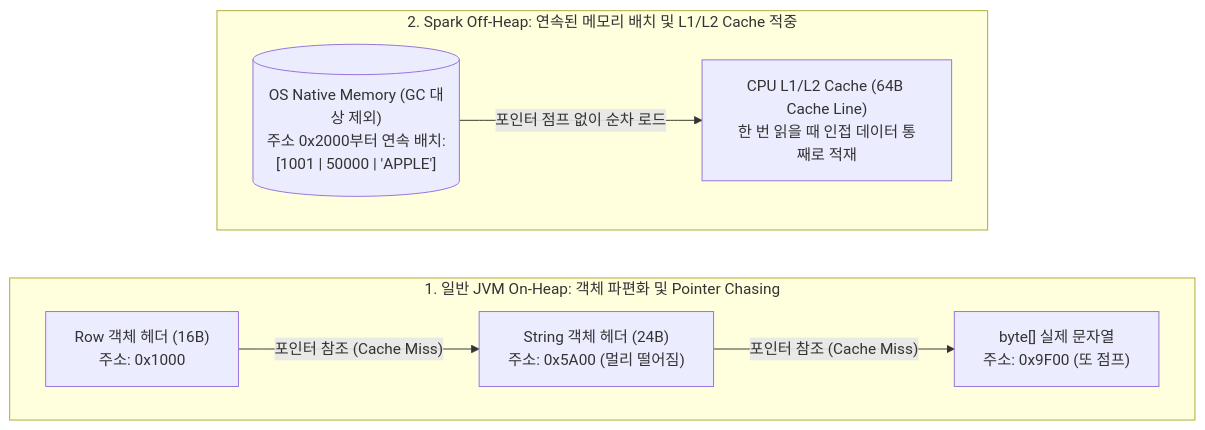
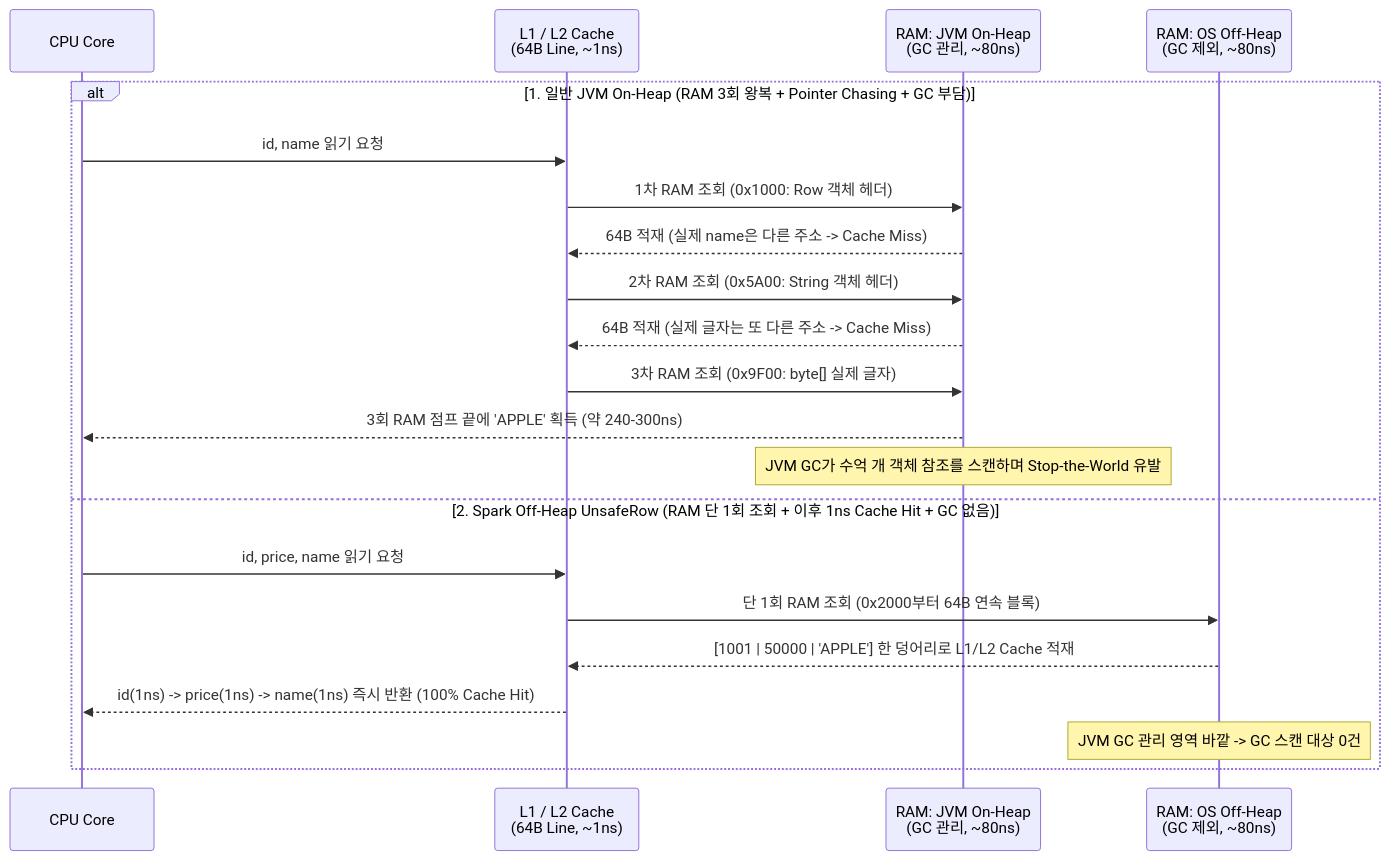
One commit to djpibo/djpibo.github.io changed the second of 11 diagrams in docs/dbms/distributed/mapreduce-spark-and-distributed-db-internals.md. Above: the diagram before and after it, drawn with Mermaid. The commit also changed other lines of this file, not shown here.

Commit message:
docs(mermaid): redraw Figure 2 as sequenceDiagram showing CPU, L1/L2 Cache, On-Heap, and Off-Heap spaces

````diff
--- a/docs/dbms/distributed/mapreduce-spark-and-distributed-db-internals.md
+++ b/docs/dbms/distributed/mapreduce-spark-and-distributed-db-internals.md
@@ -69,19 +69,24 @@
 ```mermaid
-flowchart LR
+sequenceDiagram
+    participant CPU as CPU Core
+    participant Cache as L1 / L2 Cache<br/>(64B Line, ~1ns)
+    participant OnHeap as RAM: JVM On-Heap<br/>(GC 관리, ~80ns)
+    participant OffHeap as RAM: OS Off-Heap<br/>(GC 제외, ~80ns)
 
-    subgraph ON_HEAP ["1. 일반 JVM On-Heap: 객체 파편화 및 Pointer Chasing"]
-        direction LR
-        ROW_OBJ["Row 객체 헤더 (16B)<br/>주소: 0x1000"]
-        STR_OBJ["String 객체 헤더 (24B)<br/>주소: 0x5A00 (멀리 떨어짐)"]
-        CHAR_ARR["byte[] 실제 문자열<br/>주소: 0x9F00 (또 점프)"]
-        ROW_OBJ -->|"포인터 참조 (Cache Miss)"| STR_OBJ
-        STR_OBJ -->|"포인터 참조 (Cache Miss)"| CHAR_ARR
-    end
-
-    subgraph OFF_HEAP ["2. Spark Off-Heap: 연속된 메모리 배치 및 L1/L2 Cache 적중"]
-        direction LR
-        CONT_MEM[("OS Native Memory (GC 대상 제외)<br/>주소 0x2000부터 연속 배치:<br/>[1001 | 50000 | 'APPLE']")]
-        CPU_CACHE["CPU L1/L2 Cache (64B Cache Line)<br/>한 번 읽을 때 인접 데이터 통째로 적재"]
-        CONT_MEM -->|"포인터 점프 없이 순차 로드"| CPU_CACHE
+    alt 1. 일반 JVM On-Heap (RAM 3회 왕복 + Pointer Chasing + GC 부담)
+        CPU->>Cache: id, name 읽기 요청
+        Cache->>OnHeap: 1차 RAM 조회 (0x1000: Row 객체 헤더)
+        OnHeap-->>Cache: 64B 적재 (실제 name은 다른 주소 -> Cache Miss)
+        Cache->>OnHeap: 2차 RAM 조회 (0x5A00: String 객체 헤더)
+        OnHeap-->>Cache: 64B 적재 (실제 글자는 또 다른 주소 -> Cache Miss)
+        Cache->>OnHeap: 3차 RAM 조회 (0x9F00: byte[] 실제 글자)
+        OnHeap-->>CPU: 3회 RAM 점프 끝에 'APPLE' 획득 (약 240-300ns)
+        Note over OnHeap: JVM GC가 수억 개 객체 참조를 스캔하며 Stop-the-World 유발
+    else 2. Spark Off-Heap UnsafeRow (RAM 단 1회 조회 + 이후 1ns Cache Hit + GC 없음)
+        CPU->>Cache: id, price, name 읽기 요청
+        Cache->>OffHeap: 단 1회 RAM 조회 (0x2000부터 64B 연속 블록)
+        OffHeap-->>Cache: [1001 | 50000 | 'APPLE'] 한 덩어리로 L1/L2 Cache 적재
+        Cache-->>CPU: id(1ns) -> price(1ns) -> name(1ns) 즉시 반환 (100% Cache Hit)
+        Note over OffHeap: JVM GC 관리 영역 바깥 -> GC 스캔 대상 0건
     end
 ```
````
